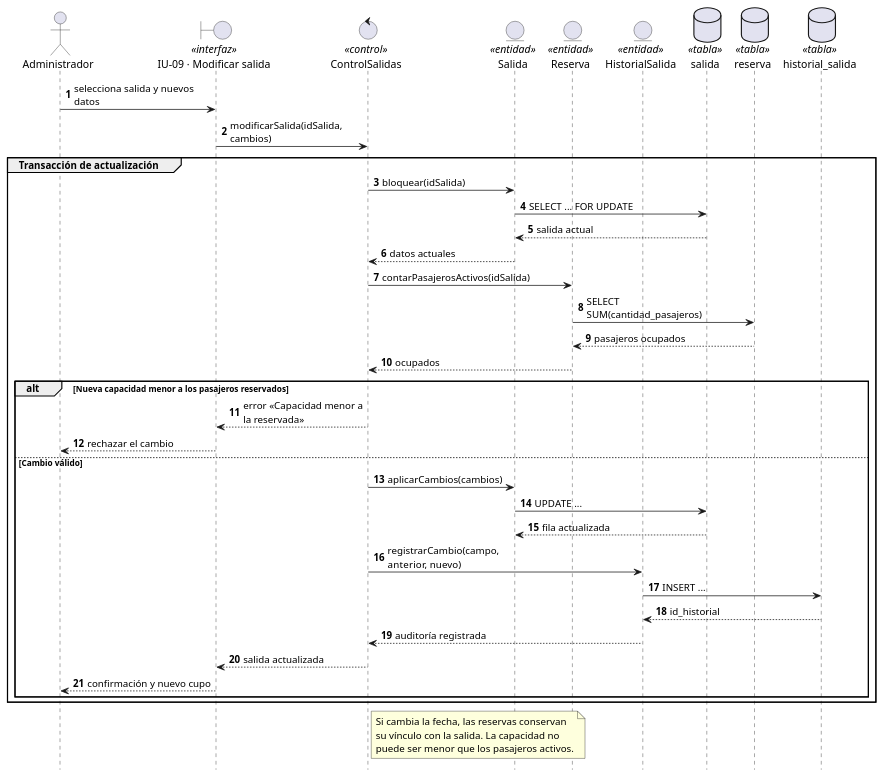
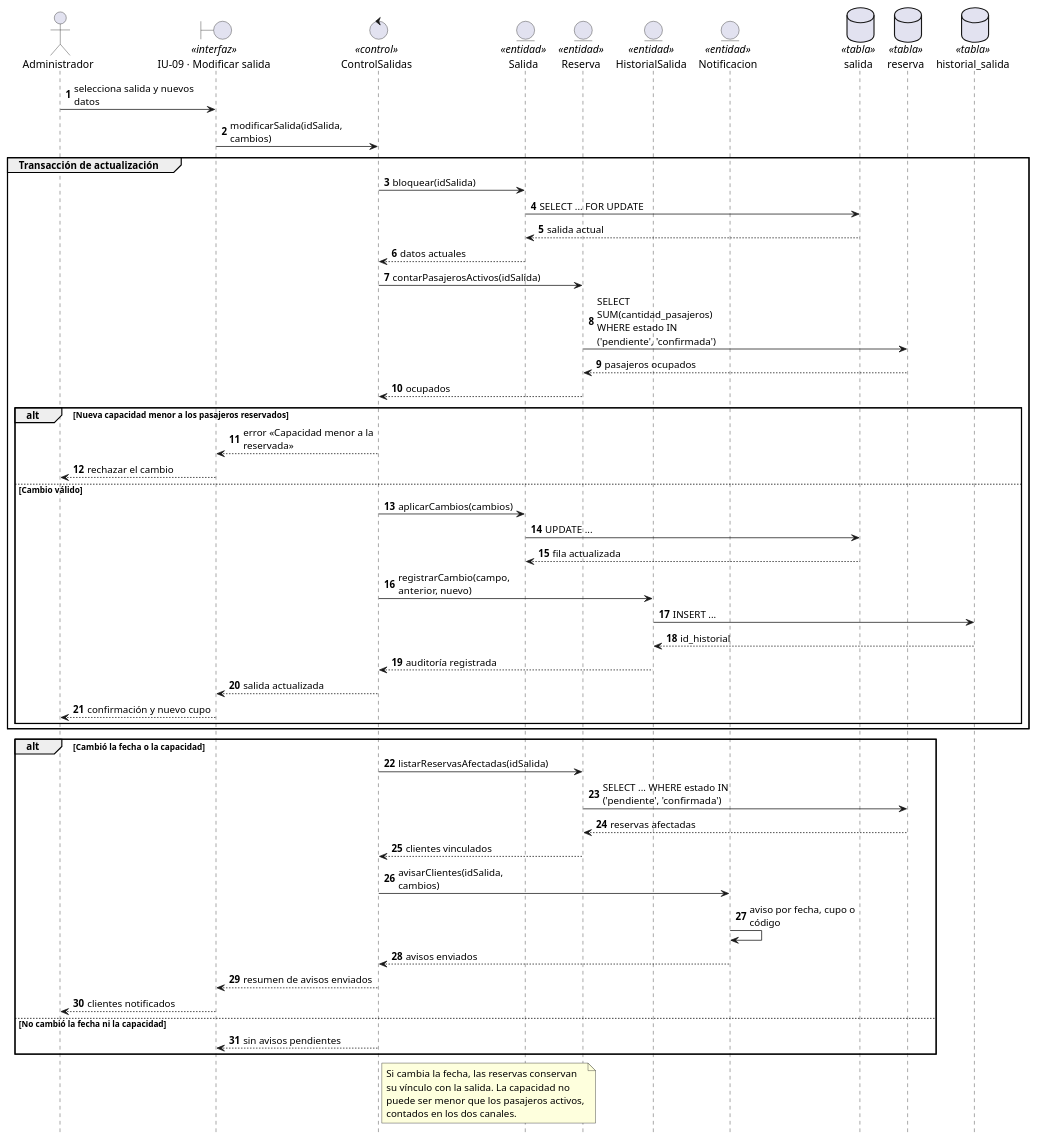
Before and after one commit to fervflow/sis-inf3-proyecto-formativo: the diagram in diagramas/fuentes/uml/secuencia/hu-09-modificar-salida.puml, drawn with PlantUML. The commit also changed 32 other files, not shown here.

Commit message:
refactor: diagramas de secuencia, HU orientado a turistas agregado

```diff
--- a/diagramas/fuentes/uml/secuencia/hu-09-modificar-salida.puml
+++ b/diagramas/fuentes/uml/secuencia/hu-09-modificar-salida.puml
@@ -1,52 +1,70 @@
 @startuml
 ' HU-09 · Modificar fechas o capacidad de una salida
+' La capacidad no puede quedar por debajo de los pasajeros ya reservados y
+' los clientes afectados reciben aviso (HU-16).
 hide footbox
 autonumber
-skinparam maxMessageSize 170
+skinparam maxMessageSize 175
 
 actor "Administrador" as ADM
 boundary "IU-09 · Modificar salida" as UI <<interfaz>>
 control "ControlSalidas" as CTRL <<control>>
 entity "Salida" as E_SALIDA <<entidad>>
 entity "Reserva" as E_RESERVA <<entidad>>
 entity "HistorialSalida" as E_HISTORIAL <<entidad>>
+entity "Notificacion" as E_NOTIFICACION <<entidad>>
 database "salida" as T_SALIDA <<tabla>>
 database "reserva" as T_RESERVA <<tabla>>
 database "historial_salida" as T_HISTORIAL <<tabla>>
 
 ADM -> UI : selecciona salida y nuevos datos
 UI -> CTRL : modificarSalida(idSalida, cambios)
 
 group Transacción de actualización
     CTRL -> E_SALIDA : bloquear(idSalida)
     E_SALIDA -> T_SALIDA : SELECT ... FOR UPDATE
     T_SALIDA --> E_SALIDA : salida actual
     E_SALIDA --> CTRL : datos actuales
 
     CTRL -> E_RESERVA : contarPasajerosActivos(idSalida)
-    E_RESERVA -> T_RESERVA : SELECT SUM(cantidad_pasajeros)
+    E_RESERVA -> T_RESERVA : SELECT SUM(cantidad_pasajeros)\nWHERE estado IN ('pendiente', 'confirmada')
     T_RESERVA --> E_RESERVA : pasajeros ocupados
     E_RESERVA --> CTRL : ocupados
 
     alt Nueva capacidad menor a los pasajeros reservados
         CTRL --> UI : error «Capacidad menor a la reservada»
         UI --> ADM : rechazar el cambio
     else Cambio válido
         CTRL -> E_SALIDA : aplicarCambios(cambios)
         E_SALIDA -> T_SALIDA : UPDATE ...
         T_SALIDA --> E_SALIDA : fila actualizada
         CTRL -> E_HISTORIAL : registrarCambio(campo, anterior, nuevo)
         E_HISTORIAL -> T_HISTORIAL : INSERT ...
         T_HISTORIAL --> E_HISTORIAL : id_historial
         E_HISTORIAL --> CTRL : auditoría registrada
         CTRL --> UI : salida actualizada
         UI --> ADM : confirmación y nuevo cupo
     end
 end
 
+alt Cambió la fecha o la capacidad
+    CTRL -> E_RESERVA : listarReservasAfectadas(idSalida)
+    E_RESERVA -> T_RESERVA : SELECT ... WHERE estado IN ('pendiente', 'confirmada')
+    T_RESERVA --> E_RESERVA : reservas afectadas
+    E_RESERVA --> CTRL : clientes vinculados
+    CTRL -> E_NOTIFICACION : avisarClientes(idSalida, cambios)
+    E_NOTIFICACION -> E_NOTIFICACION : aviso por fecha, cupo o código
+    E_NOTIFICACION --> CTRL : avisos enviados
+    CTRL --> UI : resumen de avisos enviados
+    UI --> ADM : clientes notificados
+else No cambió la fecha ni la capacidad
+    CTRL --> UI : sin avisos pendientes
+end
+
 note right of CTRL
     Si cambia la fecha, las reservas conservan
     su vínculo con la salida. La capacidad no
-    puede ser menor que los pasajeros activos.
+    puede ser menor que los pasajeros activos,
+    contados en los dos canales.
 end note
 @enduml
```
